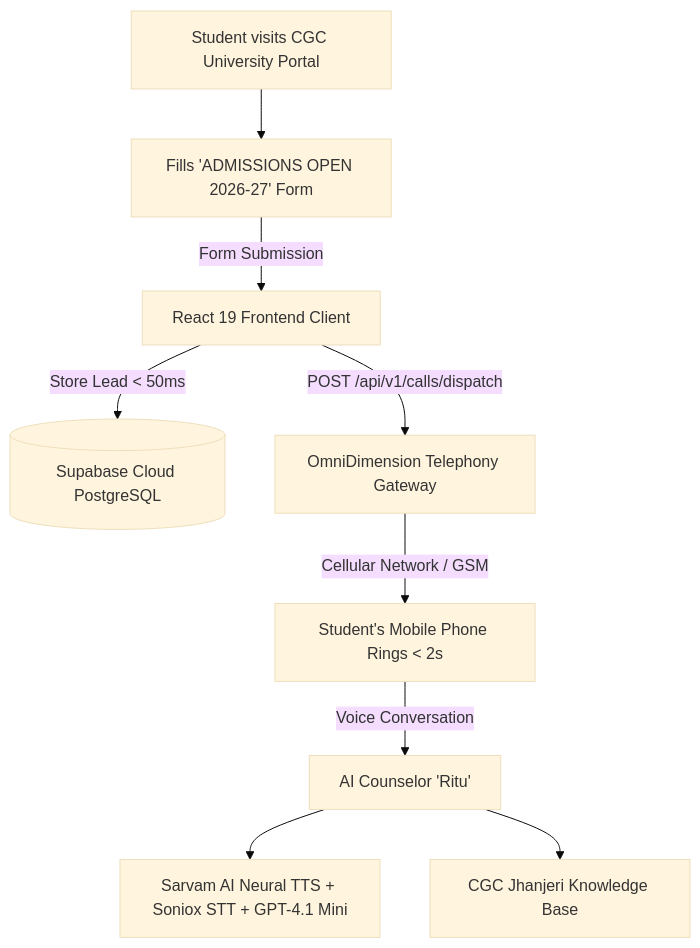
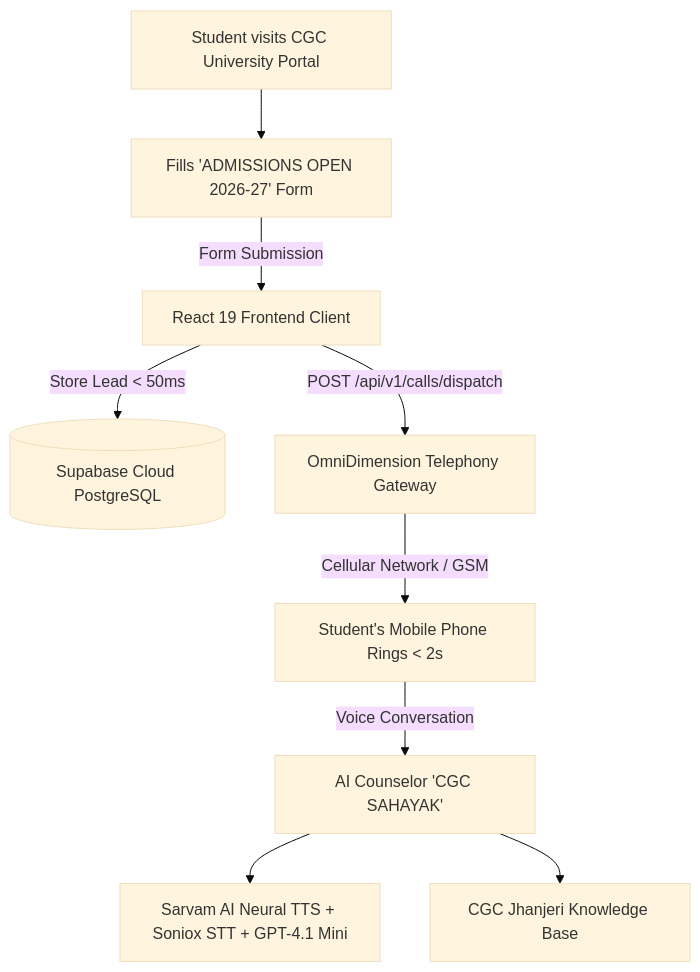
The diagram in README.md (priyanshu-always/CGC-UNIVERSITY-HACKATHON-BYTEBENDERS), drawn with Mermaid (base theme) before and after one commit. The commit also changed other lines of this file, not shown here.

Commit message:
Replace Ritu references with CGC SAHAYAK in README

````diff
--- a/README.md
+++ b/README.md
@@ -39,11 +39,11 @@
 ```mermaid
 graph TD
     A[Student visits CGC University Portal] --> B[Fills 'ADMISSIONS OPEN 2026-27' Form]
     B -->|Form Submission| C[React 19 Frontend Client]
     C -->|Store Lead < 50ms| D[(Supabase Cloud PostgreSQL)]
     C -->|POST /api/v1/calls/dispatch| E[OmniDimension Telephony Gateway]
     E -->|Cellular Network / GSM| F[Student's Mobile Phone Rings < 2s]
-    F -->|Voice Conversation| G[AI Counselor 'Ritu']
+    F -->|Voice Conversation| G[AI Counselor 'CGC SAHAYAK']
     G --> H[Sarvam AI Neural TTS + Soniox STT + GPT-4.1 Mini]
     G --> I[CGC Jhanjeri Knowledge Base]
 ```
````
